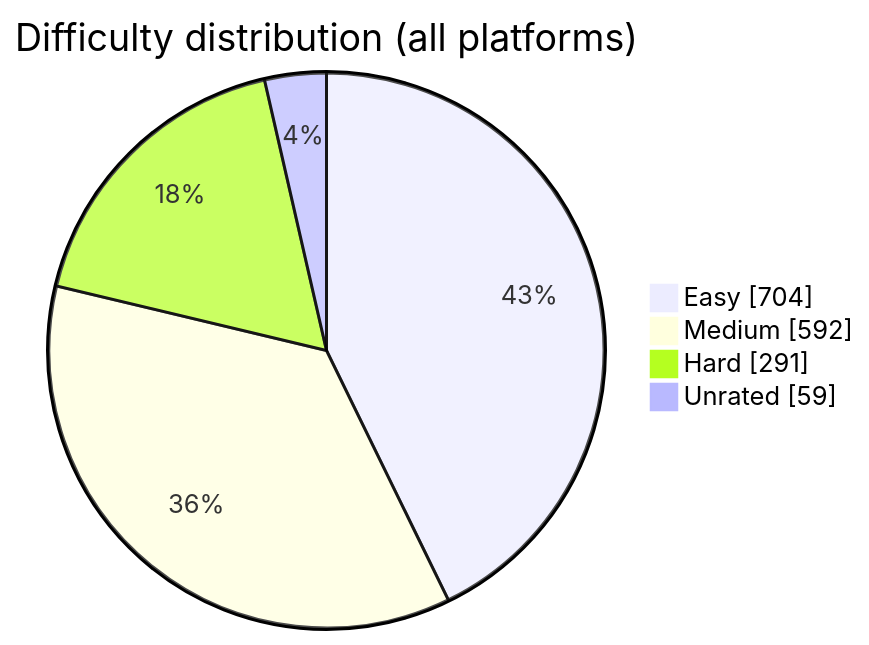
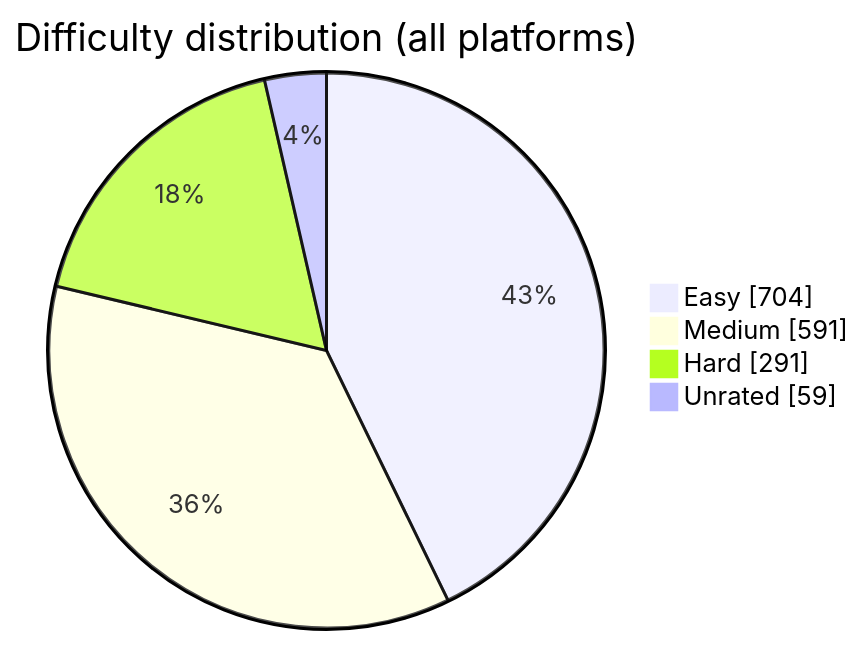
Before and after one commit to BuildbyArindam/Daily-Coding-Log: the diagram in README.md, drawn with Mermaid. The commit also changed other lines of this file, not shown here.

````diff
--- a/README.md
+++ b/README.md
@@ -93,7 +93,7 @@
 ```mermaid
 pie showData title Difficulty distribution (all platforms)
     "Easy" : 704
-    "Medium" : 592
+    "Medium" : 591
     "Hard" : 291
     "Unrated" : 59
 ```
````
